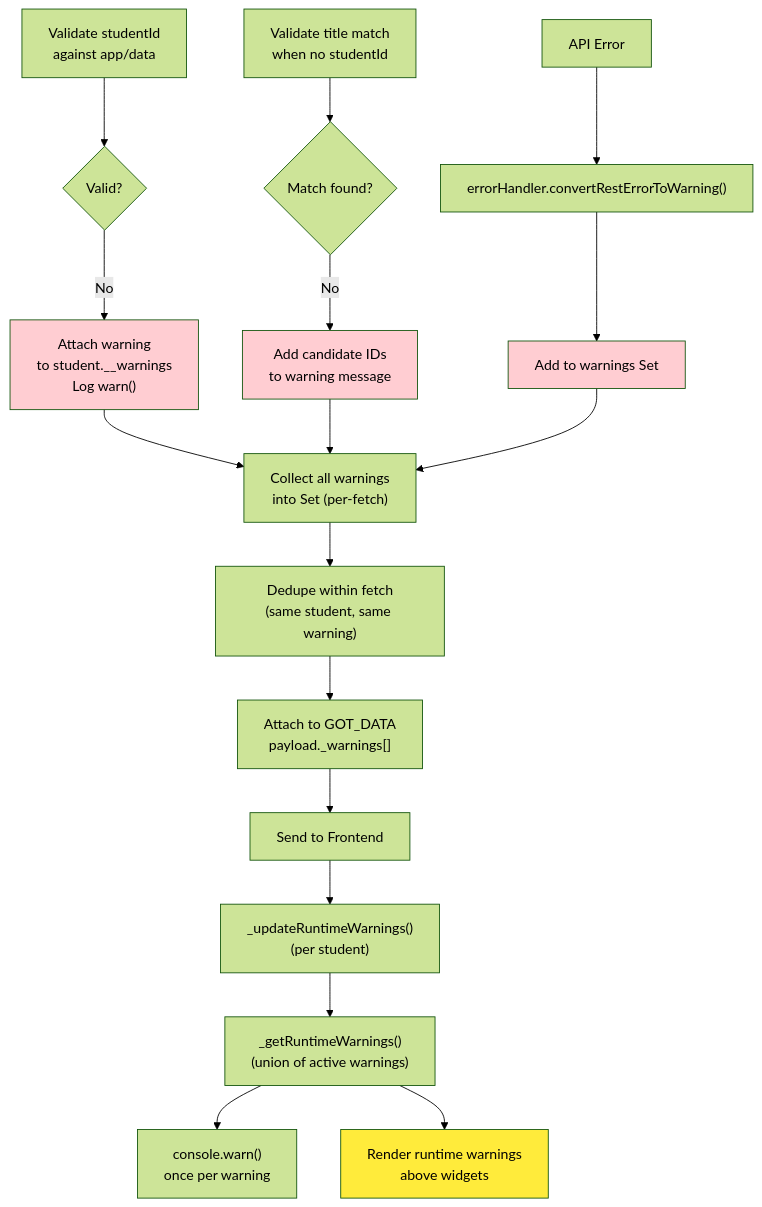
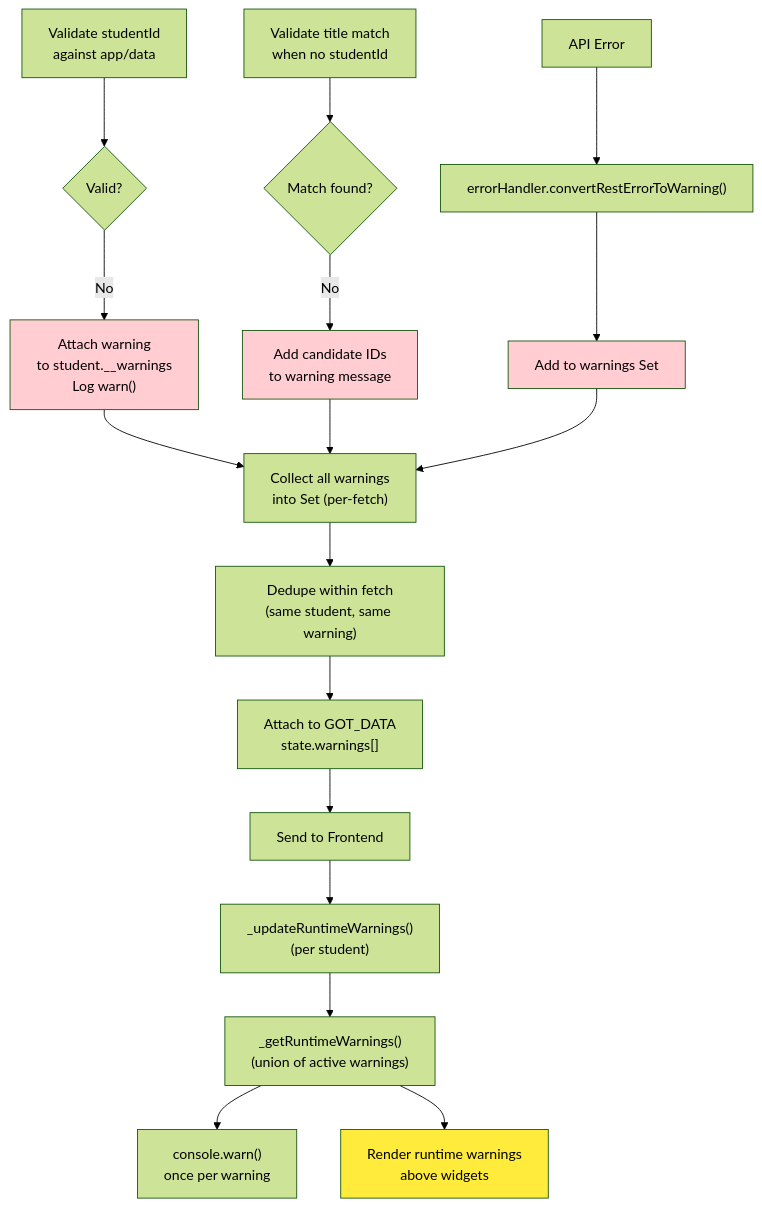
The ninth of 13 diagrams in docs/ARCHITECTURE.md (HeikoGr/MMM-Webuntis), drawn with Mermaid (forest theme) before and after one commit. The commit also changed other lines of this file and 16 other files, not shown here.

````diff
--- a/docs/ARCHITECTURE.md
+++ b/docs/ARCHITECTURE.md
@@ -719,30 +720,30 @@
 ```mermaid
 graph TD
     V1["Validate studentId<br/>against app/data"]
     --> W1{Valid?}
     W1 -->|No| A1["Attach warning<br/>to student.__warnings<br/>Log warn()"]
 
     V2["Validate title match<br/>when no studentId"]
     --> W2{Match found?}
     W2 -->|No| A2["Add candidate IDs<br/>to warning message"]
 
     API["API Error"]
     --> ErrConv["errorHandler.convertRestErrorToWarning()"]
     ErrConv --> A3["Add to warnings Set"]
 
     A1 --> C["Collect all warnings<br/>into Set (per-fetch)"]
     A2 --> C
     A3 --> C
     C --> D["Dedupe within fetch<br/>(same student, same warning)"]
-    D --> P["Attach to GOT_DATA<br/>payload._warnings[]"]
+    D --> P["Attach to GOT_DATA<br/>state.warnings[]"]
     P --> FE["Send to Frontend"]
     FE --> Runtime["_updateRuntimeWarnings()<br/>(per student)"]
     Runtime --> Agg["_getRuntimeWarnings()<br/>(union of active warnings)"]
     Agg --> Console["console.warn()<br/>once per warning"]
     Agg --> UI["Render runtime warnings<br/>above widgets"]
 
     style A1 fill:#ffcdd2
     style A2 fill:#ffcdd2
     style A3 fill:#ffcdd2
     style UI fill:#ffeb3b
 ```
````
